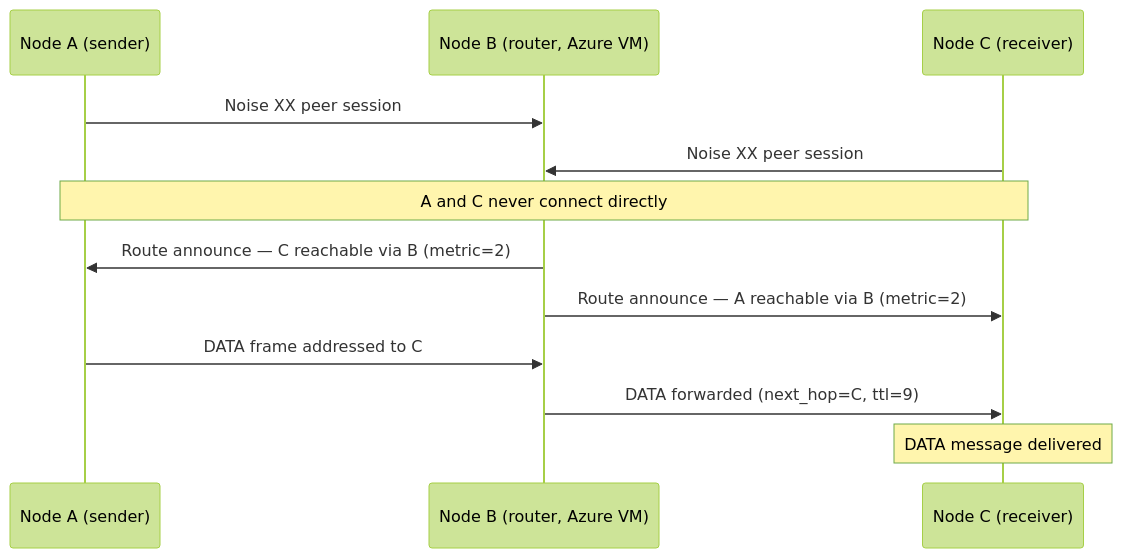
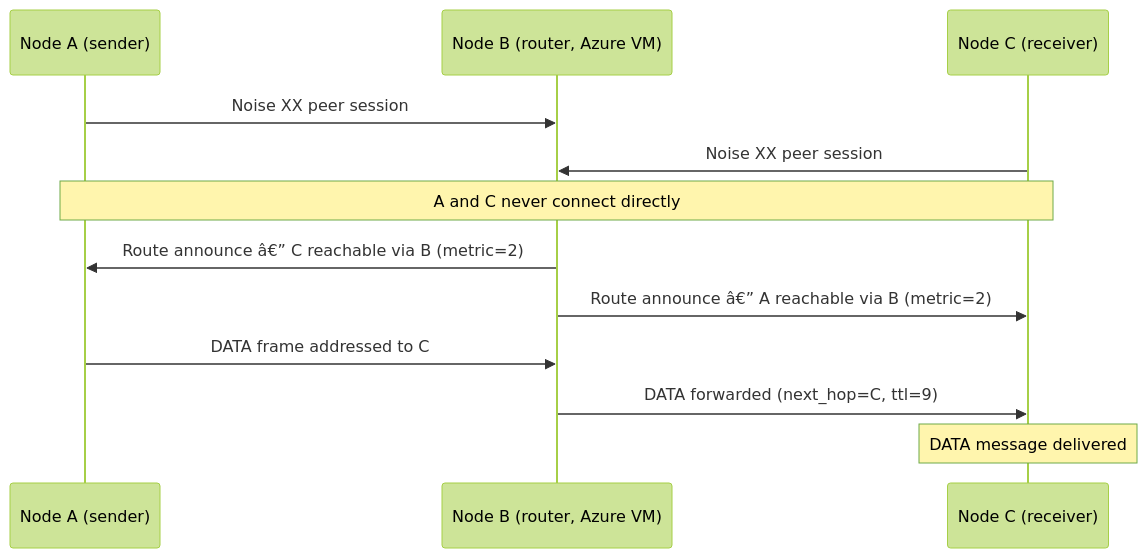
One commit to GenesisMeshLabs/genesismesh changed the fifth of 15 diagrams in docs/examples/demos.md. Above: the diagram before and after it, drawn with Mermaid (forest theme). The commit also changed other lines of this file and 10 other files, not shown here.

````diff
--- a/docs/examples/demos.md
+++ b/docs/examples/demos.md
@@ -353,15 +354,15 @@
 ```{mermaid}
 sequenceDiagram
     participant A as Node A (sender)
     participant B as Node B (router, Azure VM)
     participant C as Node C (receiver)
 
     A->>B: Noise XX peer session
     C->>B: Noise XX peer session
     note over A,C: A and C never connect directly
-    B->>A: Route announce — C reachable via B (metric=2)
-    B->>C: Route announce — A reachable via B (metric=2)
+    B->>A: Route announce â€” C reachable via B (metric=2)
+    B->>C: Route announce â€” A reachable via B (metric=2)
     A->>B: DATA frame addressed to C
     B->>C: DATA forwarded (next_hop=C, ttl=9)
     note over C: DATA message delivered
 ```
````
